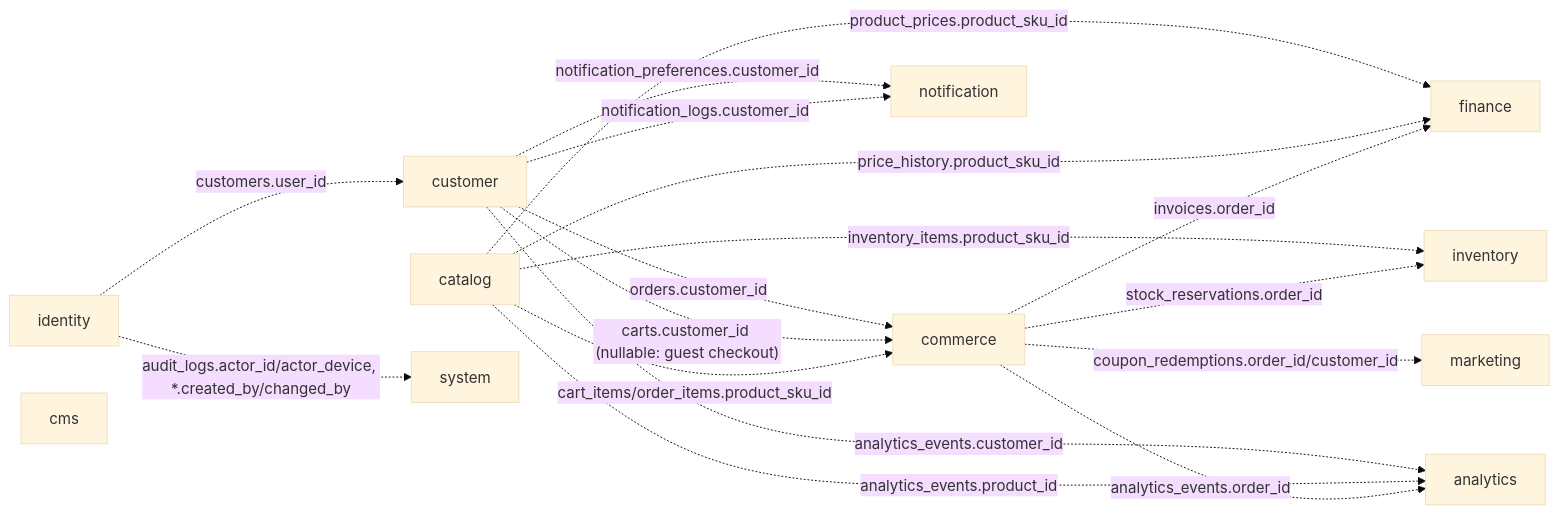
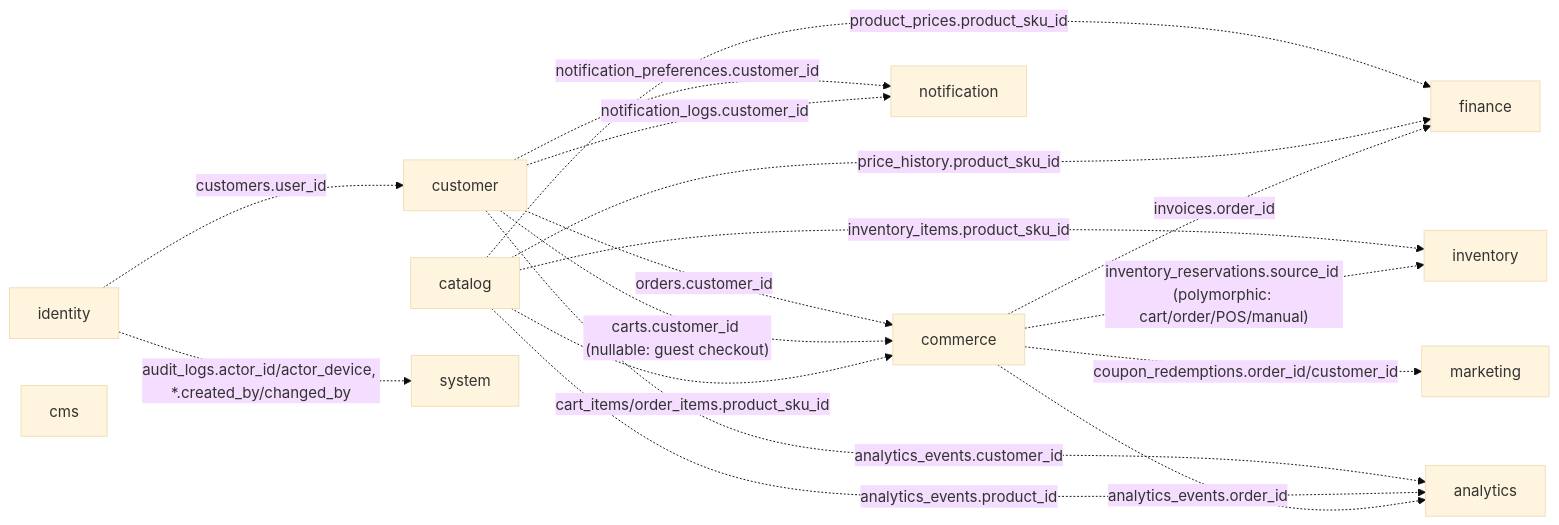
The first of 12 diagrams in docs/database/erd.md (HuseinHbz/Didar), drawn with Mermaid (base theme) before and after one commit. The commit also changed other lines of this file and 11 other files, not shown here.

````diff
--- a/docs/database/erd.md
+++ b/docs/database/erd.md
@@ -24,31 +24,31 @@
 ```mermaid
 graph LR
     identity["identity"]
     customer["customer"]
     catalog["catalog"]
     inventory["inventory"]
     commerce["commerce"]
     marketing["marketing"]
     finance["finance"]
     notification["notification"]
     cms["cms"]
     analytics["analytics"]
     system["system"]
 
     identity -. "customers.user_id" .-> customer
     customer -. "orders.customer_id" .-> commerce
     customer -. "carts.customer_id (nullable: guest checkout)" .-> commerce
     catalog -. "product_prices.product_sku_id" .-> finance
     catalog -. "price_history.product_sku_id" .-> finance
     catalog -. "inventory_items.product_sku_id" .-> inventory
     catalog -. "cart_items/order_items.product_sku_id" .-> commerce
     commerce -. "invoices.order_id" .-> finance
-    commerce -. "stock_reservations.order_id" .-> inventory
+    commerce -. "inventory_reservations.source_id (polymorphic: cart/order/POS/manual)" .-> inventory
     commerce -. "coupon_redemptions.order_id/customer_id" .-> marketing
     customer -. "notification_preferences.customer_id" .-> notification
     customer -. "notification_logs.customer_id" .-> notification
     customer -. "analytics_events.customer_id" .-> analytics
     catalog -. "analytics_events.product_id" .-> analytics
     commerce -. "analytics_events.order_id" .-> analytics
     identity -. "audit_logs.actor_id/actor_device, *.created_by/changed_by" .-> system
 ```
````
